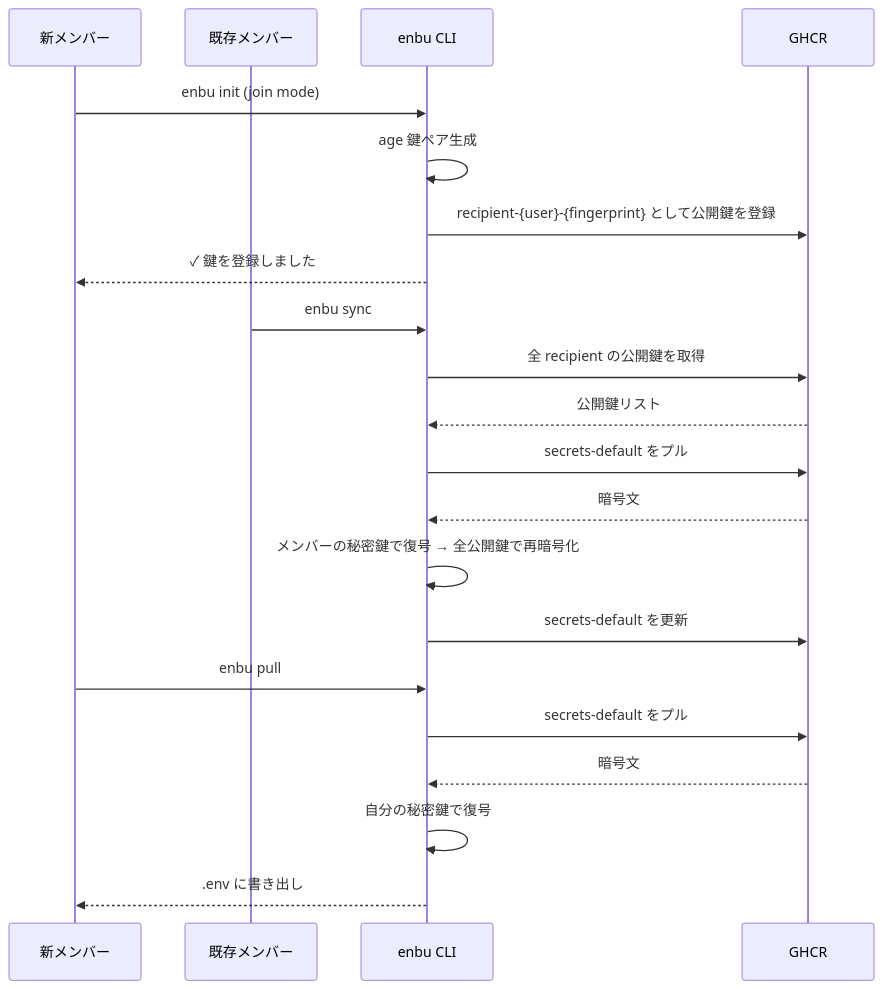
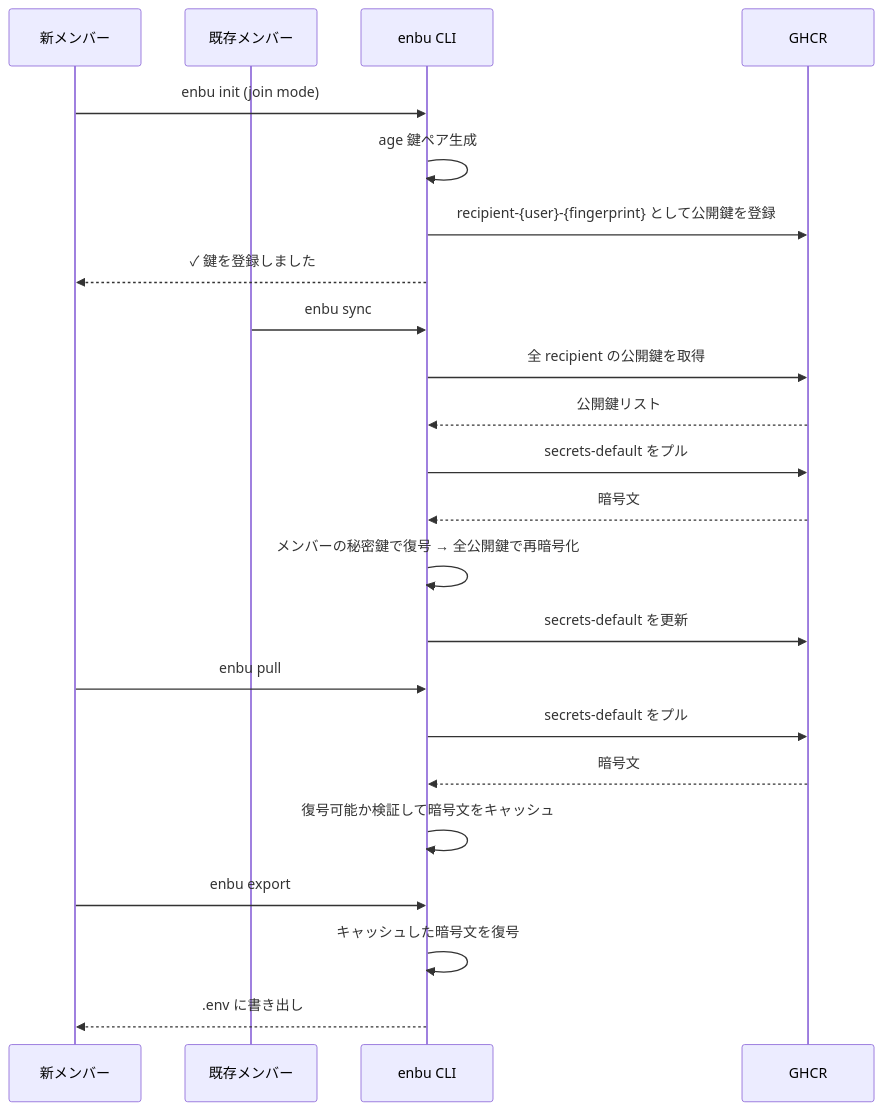
One commit to yashikota/enbu changed the third of 3 diagrams in README.ja.md. Above: the diagram before and after it, drawn with Mermaid. The commit also changed other lines of this file and 45 other files, not shown here.

````diff
--- a/README.ja.md
+++ b/README.ja.md
@@ -209,26 +214,28 @@
 ```mermaid
 sequenceDiagram
     participant New as 新メンバー
     participant Member as 既存メンバー
     participant CLI as enbu CLI
     participant GHCR as GHCR
 
     New->>CLI: enbu init (join mode)
     CLI->>CLI: age 鍵ペア生成
     CLI->>GHCR: recipient-{user}-{fingerprint} として公開鍵を登録
     CLI-->>New: ✓ 鍵を登録しました
 
     Member->>CLI: enbu sync
     CLI->>GHCR: 全 recipient の公開鍵を取得
     GHCR-->>CLI: 公開鍵リスト
     CLI->>GHCR: secrets-default をプル
     GHCR-->>CLI: 暗号文
     CLI->>CLI: メンバーの秘密鍵で復号 → 全公開鍵で再暗号化
     CLI->>GHCR: secrets-default を更新
 
     New->>CLI: enbu pull
     CLI->>GHCR: secrets-default をプル
     GHCR-->>CLI: 暗号文
-    CLI->>CLI: 自分の秘密鍵で復号
+    CLI->>CLI: 復号可能か検証して暗号文をキャッシュ
+    New->>CLI: enbu export
+    CLI->>CLI: キャッシュした暗号文を復号
     CLI-->>New: .env に書き出し
 ```
````
